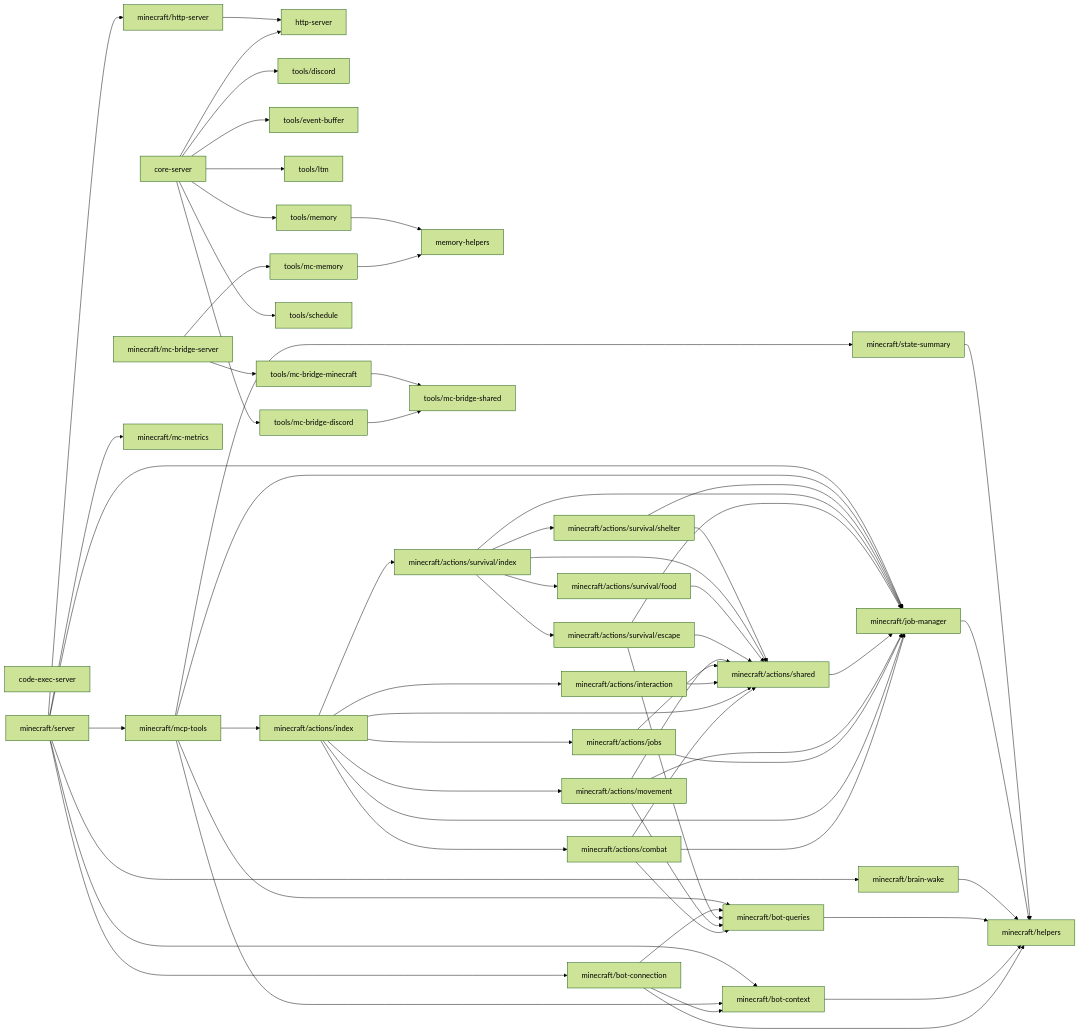
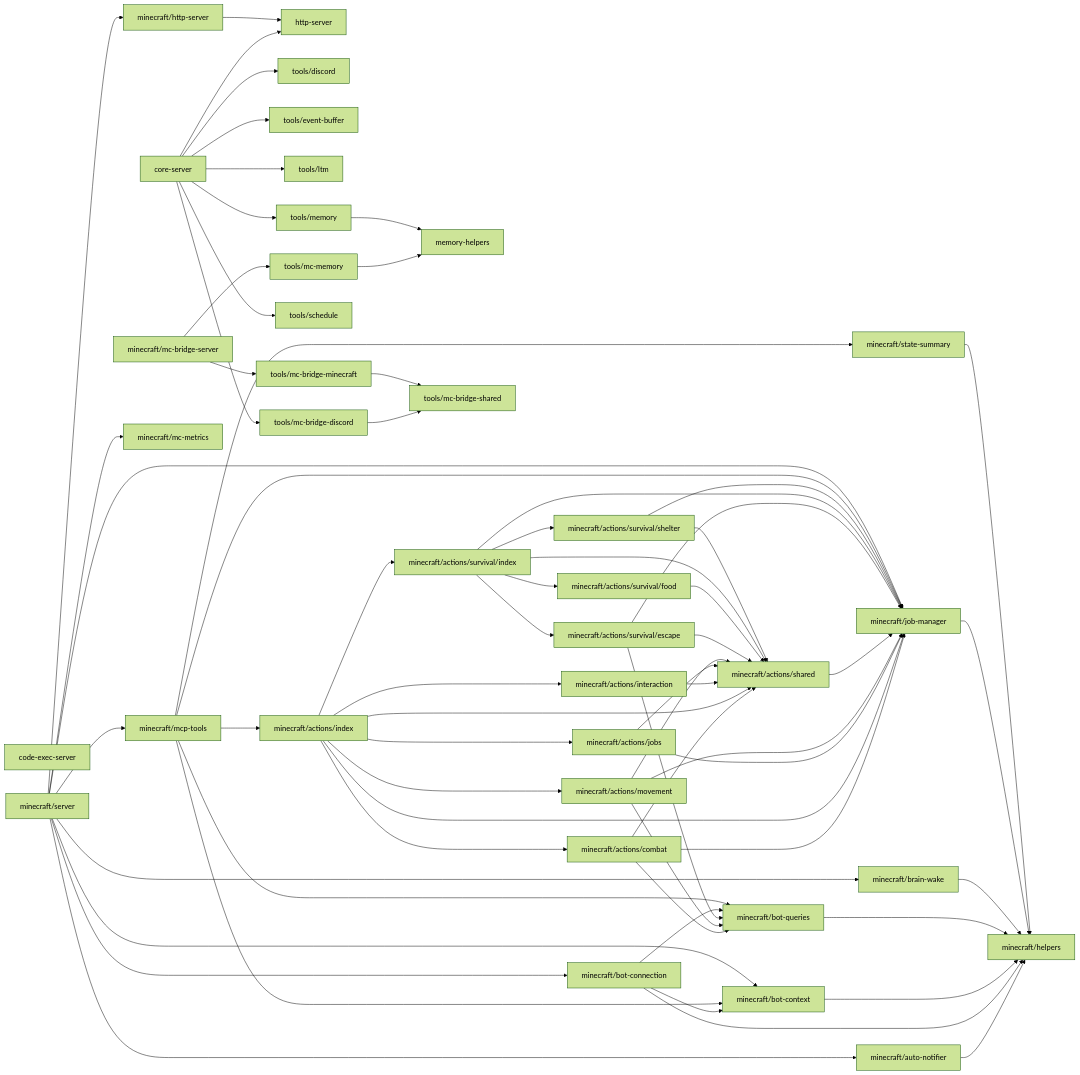
The diagram in src/mcp/DEPS.md (OJII3/vicissitude), drawn with Mermaid (forest theme) before and after one commit. The commit also changed other lines of this file and 23 other files, not shown here.

````diff
--- a/src/mcp/DEPS.md
+++ b/src/mcp/DEPS.md
@@ -7,75 +7,77 @@
 ```mermaid
 graph LR
   code_exec_server["code-exec-server"]
   core_server["core-server"] --> http_server["http-server"]
   core_server["core-server"] --> tools_discord["tools/discord"]
   core_server["core-server"] --> tools_event_buffer["tools/event-buffer"]
   core_server["core-server"] --> tools_ltm["tools/ltm"]
   core_server["core-server"] --> tools_mc_bridge_discord["tools/mc-bridge-discord"]
   core_server["core-server"] --> tools_memory["tools/memory"]
   core_server["core-server"] --> tools_schedule["tools/schedule"]
   http_server["http-server"]
   memory_helpers["memory-helpers"]
   minecraft_actions_combat["minecraft/actions/combat"] --> minecraft_actions_shared["minecraft/actions/shared"]
   minecraft_actions_combat["minecraft/actions/combat"] --> minecraft_bot_queries["minecraft/bot-queries"]
   minecraft_actions_combat["minecraft/actions/combat"] --> minecraft_job_manager["minecraft/job-manager"]
   minecraft_actions_index["minecraft/actions/index"] --> minecraft_actions_combat["minecraft/actions/combat"]
   minecraft_actions_index["minecraft/actions/index"] --> minecraft_actions_interaction["minecraft/actions/interaction"]
   minecraft_actions_index["minecraft/actions/index"] --> minecraft_actions_jobs["minecraft/actions/jobs"]
   minecraft_actions_index["minecraft/actions/index"] --> minecraft_actions_movement["minecraft/actions/movement"]
   minecraft_actions_index["minecraft/actions/index"] --> minecraft_actions_shared["minecraft/actions/shared"]
   minecraft_actions_index["minecraft/actions/index"] --> minecraft_actions_survival_index["minecraft/actions/survival/index"]
   minecraft_actions_index["minecraft/actions/index"] --> minecraft_job_manager["minecraft/job-manager"]
   minecraft_actions_interaction["minecraft/actions/interaction"] --> minecraft_actions_shared["minecraft/actions/shared"]
   minecraft_actions_jobs["minecraft/actions/jobs"] --> minecraft_actions_shared["minecraft/actions/shared"]
   minecraft_actions_jobs["minecraft/actions/jobs"] --> minecraft_job_manager["minecraft/job-manager"]
   minecraft_actions_movement["minecraft/actions/movement"] --> minecraft_actions_shared["minecraft/actions/shared"]
   minecraft_actions_movement["minecraft/actions/movement"] --> minecraft_bot_queries["minecraft/bot-queries"]
   minecraft_actions_movement["minecraft/actions/movement"] --> minecraft_job_manager["minecraft/job-manager"]
   minecraft_actions_shared["minecraft/actions/shared"] --> minecraft_job_manager["minecraft/job-manager"]
   minecraft_actions_survival_escape["minecraft/actions/survival/escape"] --> minecraft_actions_shared["minecraft/actions/shared"]
   minecraft_actions_survival_escape["minecraft/actions/survival/escape"] --> minecraft_bot_queries["minecraft/bot-queries"]
   minecraft_actions_survival_escape["minecraft/actions/survival/escape"] --> minecraft_job_manager["minecraft/job-manager"]
   minecraft_actions_survival_food["minecraft/actions/survival/food"] --> minecraft_actions_shared["minecraft/actions/shared"]
   minecraft_actions_survival_index["minecraft/actions/survival/index"] --> minecraft_actions_shared["minecraft/actions/shared"]
   minecraft_actions_survival_index["minecraft/actions/survival/index"] --> minecraft_actions_survival_escape["minecraft/actions/survival/escape"]
   minecraft_actions_survival_index["minecraft/actions/survival/index"] --> minecraft_actions_survival_food["minecraft/actions/survival/food"]
   minecraft_actions_survival_index["minecraft/actions/survival/index"] --> minecraft_actions_survival_shelter["minecraft/actions/survival/shelter"]
   minecraft_actions_survival_index["minecraft/actions/survival/index"] --> minecraft_job_manager["minecraft/job-manager"]
   minecraft_actions_survival_shelter["minecraft/actions/survival/shelter"] --> minecraft_actions_shared["minecraft/actions/shared"]
   minecraft_actions_survival_shelter["minecraft/actions/survival/shelter"] --> minecraft_job_manager["minecraft/job-manager"]
+  minecraft_auto_notifier["minecraft/auto-notifier"] --> minecraft_helpers["minecraft/helpers"]
   minecraft_bot_connection["minecraft/bot-connection"] --> minecraft_bot_context["minecraft/bot-context"]
   minecraft_bot_connection["minecraft/bot-connection"] --> minecraft_bot_queries["minecraft/bot-queries"]
   minecraft_bot_connection["minecraft/bot-connection"] --> minecraft_helpers["minecraft/helpers"]
   minecraft_bot_context["minecraft/bot-context"] --> minecraft_helpers["minecraft/helpers"]
   minecraft_bot_queries["minecraft/bot-queries"] --> minecraft_helpers["minecraft/helpers"]
   minecraft_brain_wake["minecraft/brain-wake"] --> minecraft_helpers["minecraft/helpers"]
   minecraft_helpers["minecraft/helpers"]
   minecraft_http_server["minecraft/http-server"] --> http_server["http-server"]
   minecraft_job_manager["minecraft/job-manager"] --> minecraft_helpers["minecraft/helpers"]
   minecraft_mc_bridge_server["minecraft/mc-bridge-server"] --> tools_mc_bridge_minecraft["tools/mc-bridge-minecraft"]
   minecraft_mc_bridge_server["minecraft/mc-bridge-server"] --> tools_mc_memory["tools/mc-memory"]
   minecraft_mc_metrics["minecraft/mc-metrics"]
   minecraft_mcp_tools["minecraft/mcp-tools"] --> minecraft_actions_index["minecraft/actions/index"]
   minecraft_mcp_tools["minecraft/mcp-tools"] --> minecraft_bot_context["minecraft/bot-context"]
   minecraft_mcp_tools["minecraft/mcp-tools"] --> minecraft_bot_queries["minecraft/bot-queries"]
   minecraft_mcp_tools["minecraft/mcp-tools"] --> minecraft_job_manager["minecraft/job-manager"]
   minecraft_mcp_tools["minecraft/mcp-tools"] --> minecraft_state_summary["minecraft/state-summary"]
+  minecraft_server["minecraft/server"] --> minecraft_auto_notifier["minecraft/auto-notifier"]
   minecraft_server["minecraft/server"] --> minecraft_bot_connection["minecraft/bot-connection"]
   minecraft_server["minecraft/server"] --> minecraft_bot_context["minecraft/bot-context"]
   minecraft_server["minecraft/server"] --> minecraft_brain_wake["minecraft/brain-wake"]
   minecraft_server["minecraft/server"] --> minecraft_http_server["minecraft/http-server"]
   minecraft_server["minecraft/server"] --> minecraft_job_manager["minecraft/job-manager"]
   minecraft_server["minecraft/server"] --> minecraft_mc_metrics["minecraft/mc-metrics"]
   minecraft_server["minecraft/server"] --> minecraft_mcp_tools["minecraft/mcp-tools"]
   minecraft_state_summary["minecraft/state-summary"] --> minecraft_helpers["minecraft/helpers"]
   tools_discord["tools/discord"]
   tools_event_buffer["tools/event-buffer"]
   tools_ltm["tools/ltm"]
   tools_mc_bridge_discord["tools/mc-bridge-discord"] --> tools_mc_bridge_shared["tools/mc-bridge-shared"]
   tools_mc_bridge_minecraft["tools/mc-bridge-minecraft"] --> tools_mc_bridge_shared["tools/mc-bridge-shared"]
   tools_mc_bridge_shared["tools/mc-bridge-shared"]
   tools_mc_memory["tools/mc-memory"] --> memory_helpers["memory-helpers"]
   tools_memory["tools/memory"] --> memory_helpers["memory-helpers"]
   tools_schedule["tools/schedule"]
 ```
````
